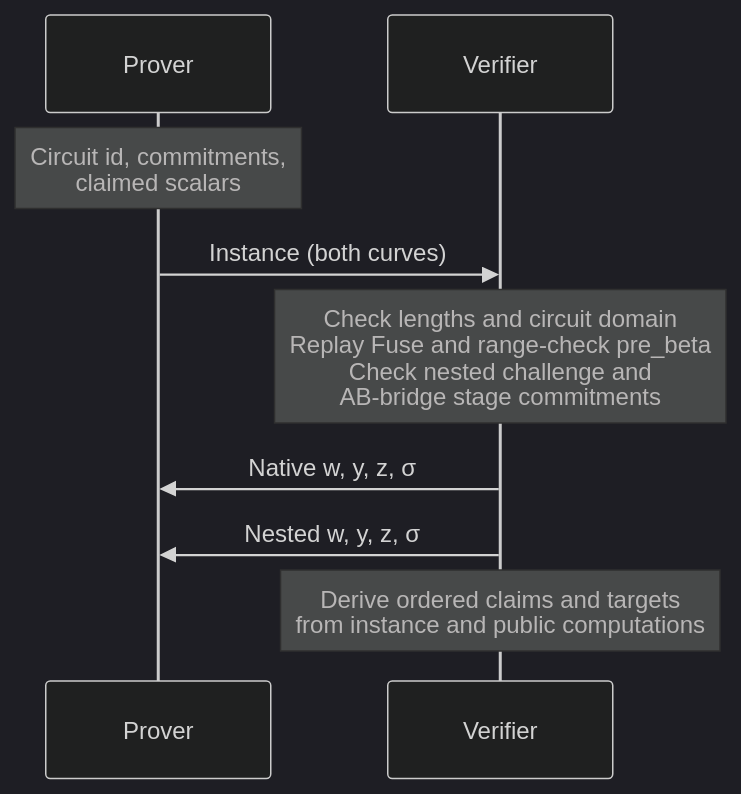
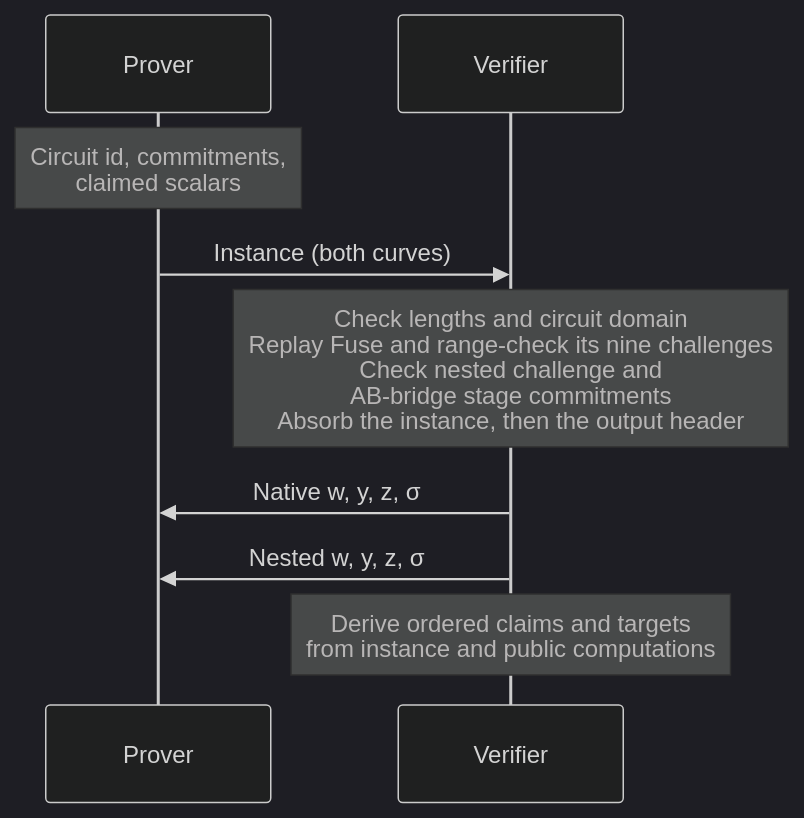
One commit to tachyon-zcash/ragu changed the first of 3 diagrams in book/src/protocol/recursion/compression.md. Above: the diagram before and after it, drawn with Mermaid (dark theme). The commit also changed other lines of this file and 2 other files, not shown here.

First line of the commit message:
book: match fuse, compression and decompression to the code

````diff
--- a/book/src/protocol/recursion/compression.md
+++ b/book/src/protocol/recursion/compression.md
@@ -32,11 +34,11 @@
 ```mermaid
 sequenceDiagram
     participant P as Prover
     participant V as Verifier
     Note over P: Circuit id, commitments,<br/>claimed scalars
     P->>V: Instance (both curves)
-    Note over V: Check lengths and circuit domain<br/>Replay Fuse and range-check pre_beta<br/>Check nested challenge and<br/>AB-bridge stage commitments
+    Note over V: Check lengths and circuit domain<br/>Replay Fuse and range-check its nine challenges<br/>Check nested challenge and<br/>AB-bridge stage commitments<br/>Absorb the instance, then the output header
     V->>P: Native w, y, z, σ
     V->>P: Nested w, y, z, σ
     Note over V: Derive ordered claims and targets<br/>from instance and public computations
 ```
````
